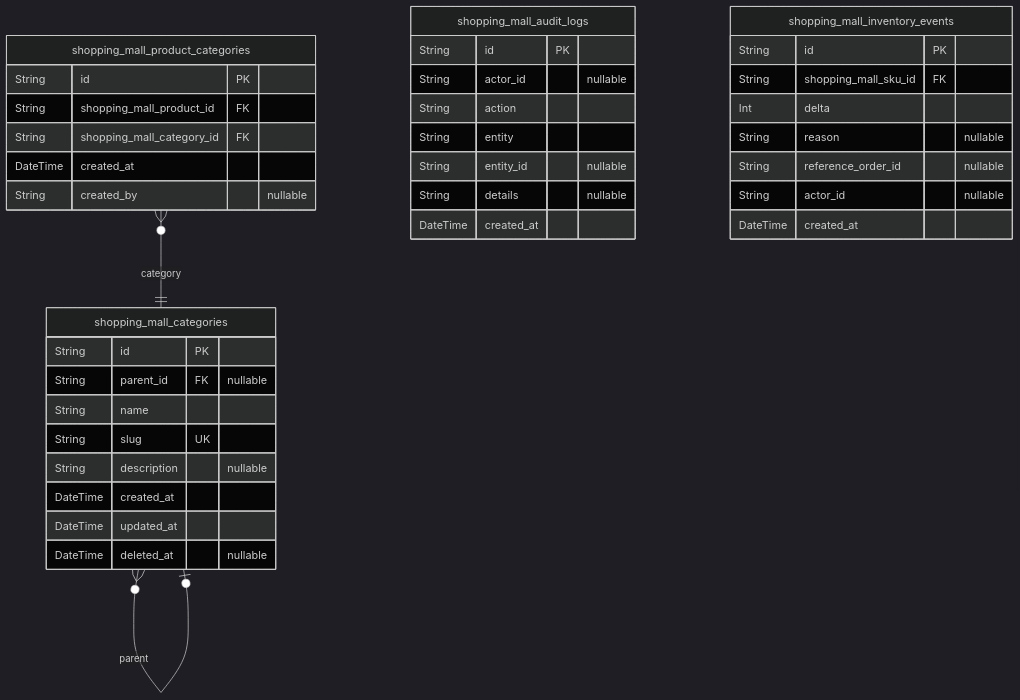
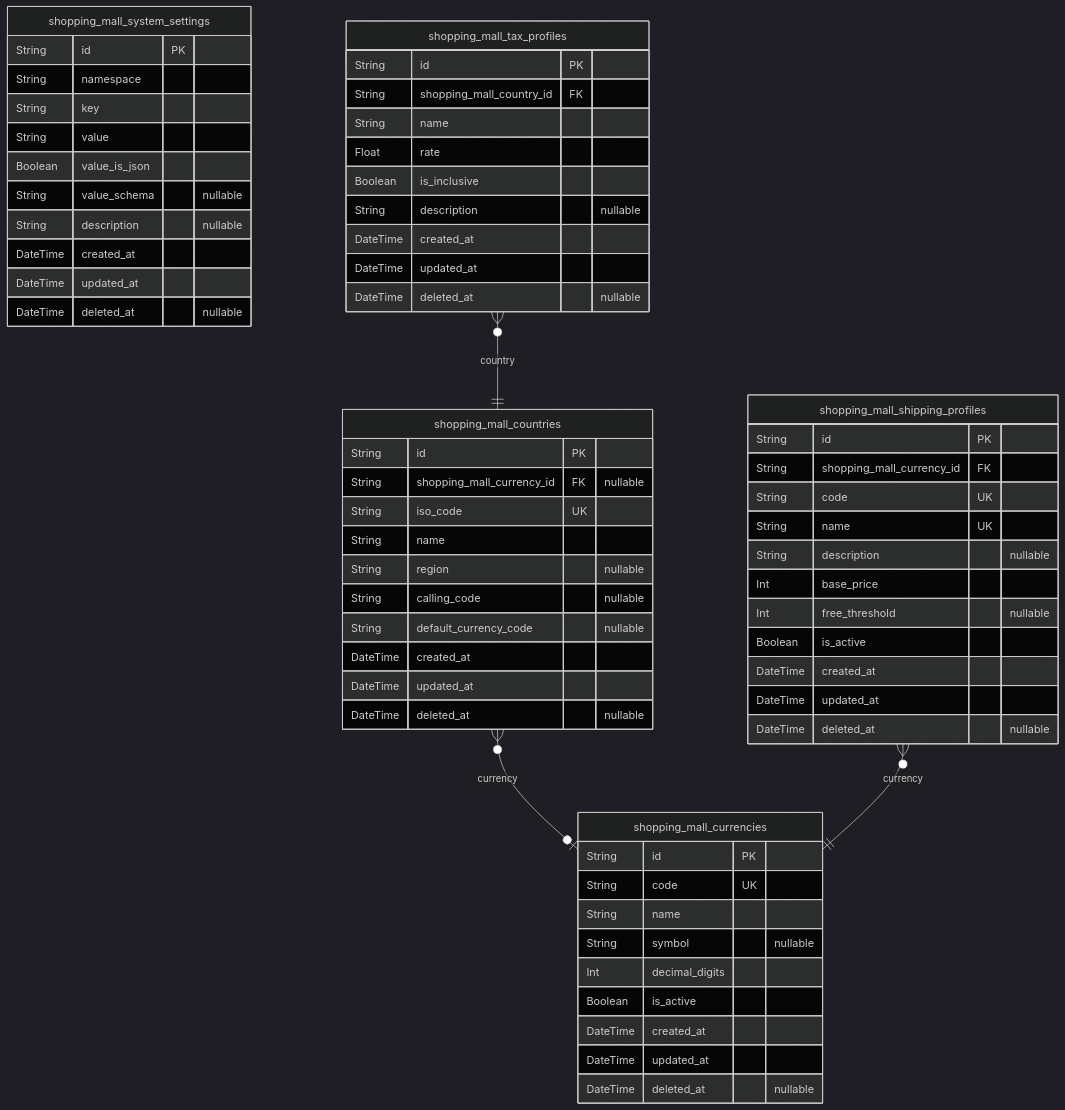
The first of 11 diagrams in openai/gpt-5-mini/shopping/docs/ERD.md (wrtnlabs/autobe-examples), drawn with Mermaid (dark theme) before and after one commit. The commit also changed other lines of this file and 16146 other files, not shown here.

````diff
--- a/openai/gpt-5-mini/shopping/docs/ERD.md
+++ b/openai/gpt-5-mini/shopping/docs/ERD.md
@@ -14,40 +19,65 @@
 ```mermaid
 erDiagram
-"shopping_mall_categories" {
+"shopping_mall_system_settings" {
   String id PK
-  String parent_id FK "nullable"
-  String name
-  String slug UK
+  String namespace
+  String key
+  String value
+  Boolean value_is_json
+  String value_schema "nullable"
   String description "nullable"
   DateTime created_at
   DateTime updated_at
   DateTime deleted_at "nullable"
 }
-"shopping_mall_product_categories" {
+"shopping_mall_currencies" {
   String id PK
-  String shopping_mall_product_id FK
-  String shopping_mall_category_id FK
+  String code UK
+  String name
+  String symbol "nullable"
+  Int decimal_digits
+  Boolean is_active
   DateTime created_at
-  String created_by "nullable"
+  DateTime updated_at
+  DateTime deleted_at "nullable"
 }
-"shopping_mall_audit_logs" {
+"shopping_mall_countries" {
   String id PK
-  String actor_id "nullable"
-  String action
-  String entity
-  String entity_id "nullable"
-  String details "nullable"
+  String shopping_mall_currency_id FK "nullable"
+  String iso_code UK
+  String name
+  String region "nullable"
+  String calling_code "nullable"
+  String default_currency_code "nullable"
   DateTime created_at
+  DateTime updated_at
+  DateTime deleted_at "nullable"
 }
-"shopping_mall_inventory_events" {
+"shopping_mall_shipping_profiles" {
   String id PK
-  String shopping_mall_sku_id FK
-  Int delta
-  String reason "nullable"
-  String reference_order_id "nullable"
-  String actor_id "nullable"
+  String shopping_mall_currency_id FK
+  String code UK
+  String name UK
+  String description "nullable"
+  Int base_price
+  Int free_threshold "nullable"
+  Boolean is_active
   DateTime created_at
+  DateTime updated_at
+  DateTime deleted_at "nullable"
 }
-"shopping_mall_categories" }o--o| "shopping_mall_categories" : parent
-"shopping_mall_product_categories" }o--|| "shopping_mall_categories" : category
+"shopping_mall_tax_profiles" {
+  String id PK
+  String shopping_mall_country_id FK
+  String name
+  Float rate
+  Boolean is_inclusive
+  String description "nullable"
+  DateTime created_at
+  DateTime updated_at
+  DateTime deleted_at "nullable"
+}
+"shopping_mall_countries" }o--o| "shopping_mall_currencies" : currency
+"shopping_mall_shipping_profiles" }o--|| "shopping_mall_currencies" : currency
+"shopping_mall_tax_profiles" }o--|| "shopping_mall_countries" : country
 ```
````
